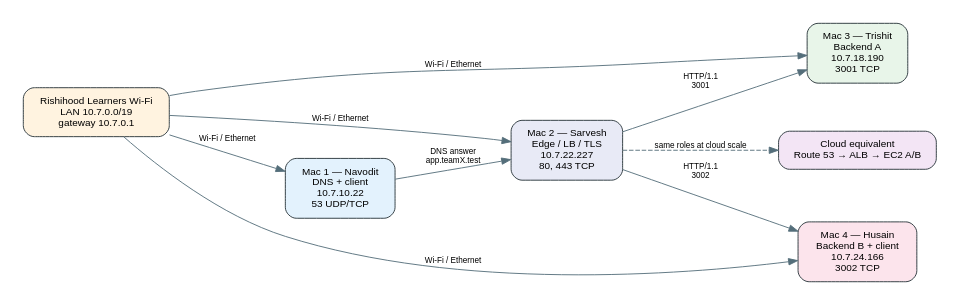
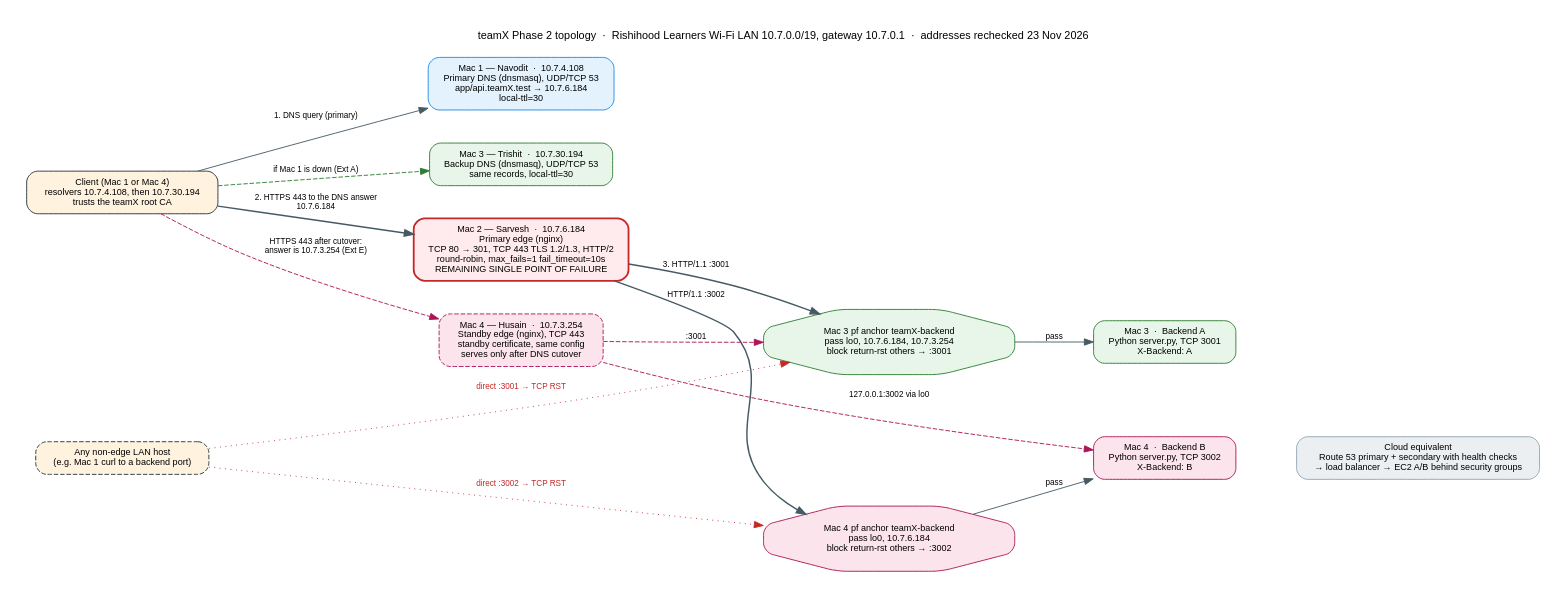
The diagram in 01_architecture/topology.dot (HusainNST/CN), drawn with Graphviz before and after one commit. The commit also changed 2 other files, not shown here.

Commit message:
docs(p2-18): update architecture doc and topology for Phase 2 (#48)
* docs(p2-18): update architecture doc and topology for Phase 2

- Redraw topology for Phase 2: backup DNS, local-ttl=30, pf isolation on 3001/3002, Mac 4 standby edge cutover, Mac 2 edge marked as remaining SPOF
- Keep sections 1-9 as the Phase 1 baseline and add section 10: changes from Phase 1, current IP table, request path with fallback, Extensions A-E, SPOF analysis, cloud mapping and evidence index

* docs(p2-18): correct Phase 1 failover row in the changes table

- Phase 1 already used max_fails=1 fail_timeout=10s; Phase 2 kept it, moved upstreams to the new IPs and demonstrated failover

* docs(p2-18): address review on PR #48

- Topology: HTTPS arrows now start at the client, not the DNS server; DNS and edges share one column; re-rendered
- 10.6: pf matches source IP, so Mac 4 client traffic to :3001 passes; show blocking from Mac 1
- 10.8: note P2E-03 fresh client used curl --resolve
- 10.4: 'every application server is healthy'

```diff
--- a/01_architecture/topology.dot
+++ b/01_architecture/topology.dot
@@ -1,21 +1,63 @@
+// teamX Phase 2 topology. Render: dot -Tpng 01_architecture/topology.dot -o 01_architecture/topology.png
+// Columns left to right: client; DNS and edge services the client talks to; backend firewall (pf); backends.
+// Fill colour marks the Mac: blue Mac 1, red Mac 2, green Mac 3, pink Mac 4.
 digraph topology {
-    graph [rankdir=LR, bgcolor="white", pad="0.25", nodesep="0.55", ranksep="0.8"];
-    node [shape=box, style="rounded,filled", fontname="Helvetica", fontsize=11, margin="0.18,0.12", color="#263238"];
-    edge [fontname="Helvetica", fontsize=9, color="#546e7a"];
+    graph [rankdir=LR, bgcolor="white", pad="0.3", nodesep="0.5", ranksep="0.9",
+           fontname="Helvetica", fontsize=12, labelloc="t", newrank=true, ordering=out,
+           label="teamX Phase 2 topology  ·  Rishihood Learners Wi-Fi LAN 10.7.0.0/19, gateway 10.7.0.1  ·  addresses rechecked 23 Nov 2026\n "];
+    node [shape=box, style="rounded,filled", fontname="Helvetica", fontsize=10, margin="0.16,0.10", color="#263238"];
+    edge [fontname="Helvetica", fontsize=9, color="#455a64"];
 
-    network [label="Rishihood Learners Wi-Fi\nLAN 10.7.0.0/19\ngateway 10.7.0.1", fillcolor="#fff3e0"];
-    mac1 [label="Mac 1 — Navodit\nDNS + client\n10.7.10.22\n53 UDP/TCP", fillcolor="#e3f2fd"];
-    mac2 [label="Mac 2 — Sarvesh\nEdge / LB / TLS\n10.7.22.227\n80, 443 TCP", fillcolor="#e8eaf6"];
-    mac3 [label="Mac 3 — Trishit\nBackend A\n10.7.18.190\n3001 TCP", fillcolor="#e8f5e9"];
-    mac4 [label="Mac 4 — Husain\nBackend B + client\n10.7.24.166\n3002 TCP", fillcolor="#fce4ec"];
-    cloud [label="Cloud equivalent\nRoute 53 → ALB → EC2 A/B", fillcolor="#f3e5f5"];
+    // Column 0: clients
+    client [label="Client (Mac 1 or Mac 4)\nresolvers 10.7.4.108, then 10.7.30.194\ntrusts the teamX root CA", fillcolor="#fff3e0"];
+    direct [label="Any non-edge LAN host\n(e.g. Mac 1 curl to a backend port)", fillcolor="#fff3e0", style="rounded,filled,dashed"];
 
-    network -> mac1 [label="Wi-Fi / Ethernet"];
-    network -> mac2 [label="Wi-Fi / Ethernet"];
-    network -> mac3 [label="Wi-Fi / Ethernet"];
-    network -> mac4 [label="Wi-Fi / Ethernet"];
-    mac1 -> mac2 [label="DNS answer\napp.teamX.test"];
-    mac2 -> mac3 [label="HTTP/1.1\n3001"];
-    mac2 -> mac4 [label="HTTP/1.1\n3002"];
-    mac2 -> cloud [style=dashed, label="same roles at cloud scale"];
+    // Column 1: DNS tier (Extensions A and B)
+    dns1 [label="Mac 1 — Navodit  ·  10.7.4.108\nPrimary DNS (dnsmasq), UDP/TCP 53\napp/api.teamX.test → 10.7.6.184\nlocal-ttl=30", fillcolor="#e3f2fd", color="#1e88e5"];
+    dns3 [label="Mac 3 — Trishit  ·  10.7.30.194\nBackup DNS (dnsmasq), UDP/TCP 53\nsame records, local-ttl=30", fillcolor="#e8f5e9", color="#2e7d32"];
+
+    // Column 2: edge tier (Extensions D and E)
+    edge2 [label="Mac 2 — Sarvesh  ·  10.7.6.184\nPrimary edge (nginx)\nTCP 80 → 301, TCP 443 TLS 1.2/1.3, HTTP/2\nround-robin, max_fails=1 fail_timeout=10s\nREMAINING SINGLE POINT OF FAILURE", fillcolor="#ffebee", color="#c62828", penwidth=2];
+    edge4 [label="Mac 4 — Husain  ·  10.7.3.254\nStandby edge (nginx), TCP 443\nstandby certificate, same config\nserves only after DNS cutover", fillcolor="#fce4ec", color="#ad1457", style="rounded,filled,dashed"];
+
+    // Column 3: backend firewall (Extension C)
+    pf3 [label="Mac 3 pf anchor teamX-backend\npass lo0, 10.7.6.184, 10.7.3.254\nblock return-rst others → :3001", shape=octagon, fillcolor="#e8f5e9", color="#2e7d32"];
+    pf4 [label="Mac 4 pf anchor teamX-backend\npass lo0, 10.7.6.184\nblock return-rst others → :3002", shape=octagon, fillcolor="#fce4ec", color="#ad1457"];
+
+    // Column 4: backends
+    backA [label="Mac 3  ·  Backend A\nPython server.py, TCP 3001\nX-Backend: A", fillcolor="#e8f5e9", color="#2e7d32"];
+    backB [label="Mac 4  ·  Backend B\nPython server.py, TCP 3002\nX-Backend: B", fillcolor="#fce4ec", color="#ad1457"];
+
+    cloud [label="Cloud equivalent\nRoute 53 primary + secondary with health checks\n→ load balancer → EC2 A/B behind security groups", fillcolor="#eceff1", color="#90a4ae"];
+
+    { rank=same; client; direct; }
+    { rank=same; dns1; dns3; edge2; edge4; }
+    { rank=same; pf3; pf4; }
+    { rank=same; backA; backB; }
+    // keep Mac 3 above Mac 4 in the pf and backend columns
+    pf3 -> pf4 [style=invis, constraint=false]; backA -> backB [style=invis, constraint=false];
+
+    // 1. Name resolution
+    client -> dns1 [label="1. DNS query (primary)"];
+    client -> dns3 [label="if Mac 1 is down (Ext A)", style=dashed, color="#2e7d32"];
+
+    // 2. The client (not the resolver) opens HTTPS to the address DNS returned;
+    //    the standby only after the record changes (Ext E).
+    client -> edge2 [label="2. HTTPS 443 to the DNS answer\n10.7.6.184", penwidth=1.6];
+    client -> edge4 [label="HTTPS 443 after cutover:\nanswer is 10.7.3.254 (Ext E)", style=dashed, color="#ad1457"];
+
+    // 3. Edge to backends through pf (Ext C), failover between them (Ext D)
+    edge2 -> pf3 [label="3. HTTP/1.1 :3001", penwidth=1.6];
+    edge2 -> pf4 [label="HTTP/1.1 :3002", penwidth=1.6];
+    edge4 -> pf3 [label=":3001", style=dashed, color="#ad1457"];
+    edge4 -> backB [label="127.0.0.1:3002 via lo0", style=dashed, color="#ad1457"];
+    pf3 -> backA [label="pass"];
+    pf4 -> backB [label="pass"];
+
+    // Direct access to backend ports is refused (Ext C)
+    direct -> pf3 [label="direct :3001 → TCP RST", style=dotted, color="#c62828", fontcolor="#c62828"];
+    direct -> pf4 [label="direct :3002 → TCP RST", style=dotted, color="#c62828", fontcolor="#c62828"];
+
+    // Cloud mapping sits beside the backends; the doc explains it.
+    backB -> cloud [style=invis];
 }
```
